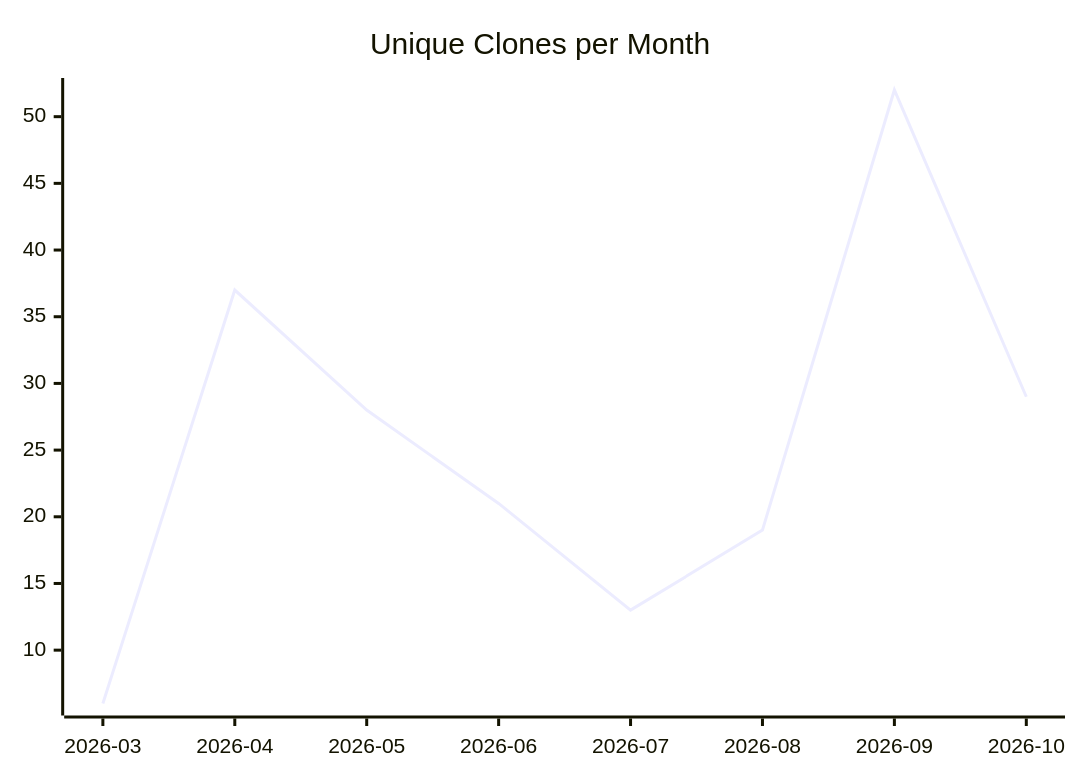
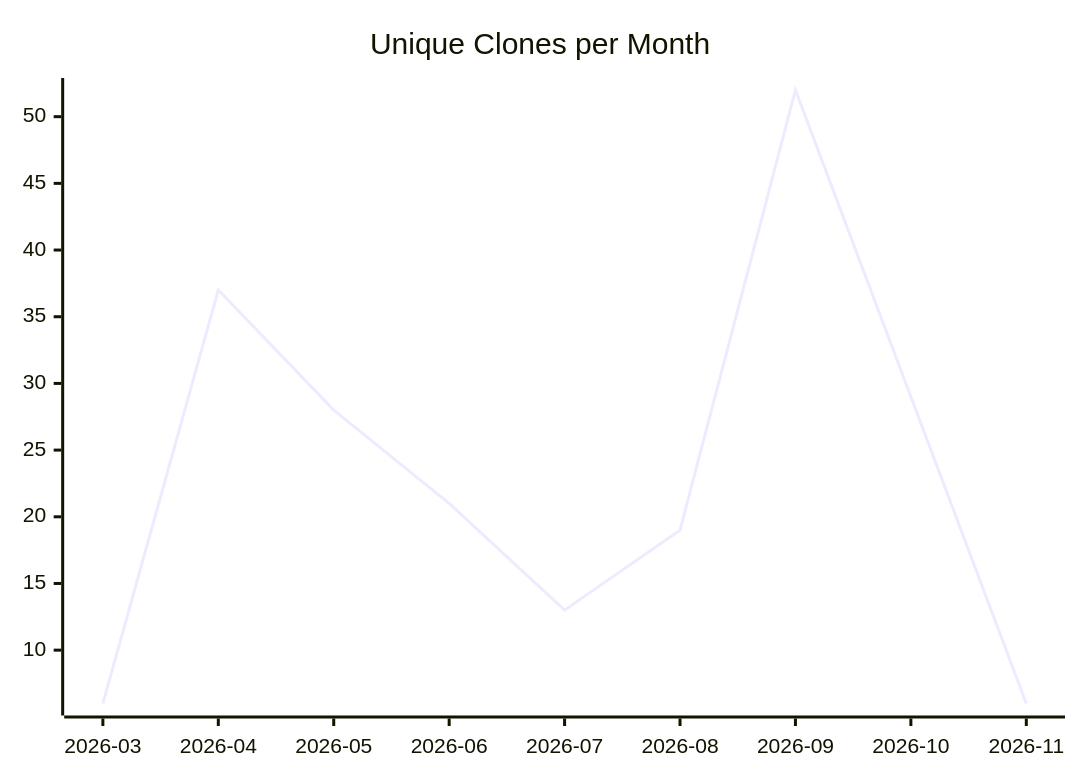
The third of 3 diagrams in karlmdavis/ansible-role-jenkins2/README.md (justdavis-family/github-analytics-data), drawn with Mermaid before and after one commit. The commit also changed other lines of this file and 201 other files, not shown here.

````diff
--- a/karlmdavis/ansible-role-jenkins2/README.md
+++ b/karlmdavis/ansible-role-jenkins2/README.md
@@ -19,6 +19,6 @@
 ```mermaid
 xychart-beta
   title "Unique Clones per Month"
-  x-axis ["2026-03", "2026-04", "2026-05", "2026-06", "2026-07", "2026-08", "2026-09", "2026-10"]
-  line [6, 37, 28, 21, 13, 19, 52, 29]
+  x-axis ["2026-03", "2026-04", "2026-05", "2026-06", "2026-07", "2026-08", "2026-09", "2026-10", "2026-11"]
+  line [6, 37, 28, 21, 13, 19, 52, 29, 6]
 ```
````
